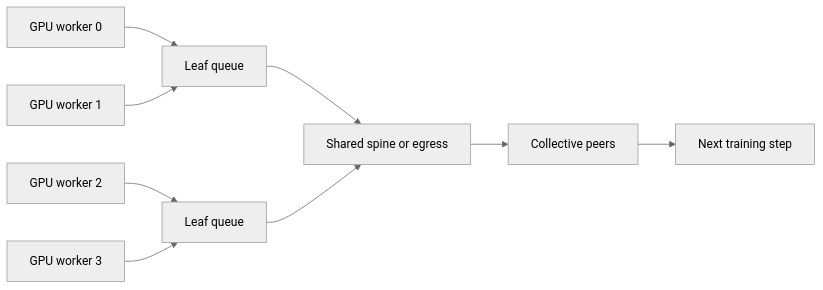
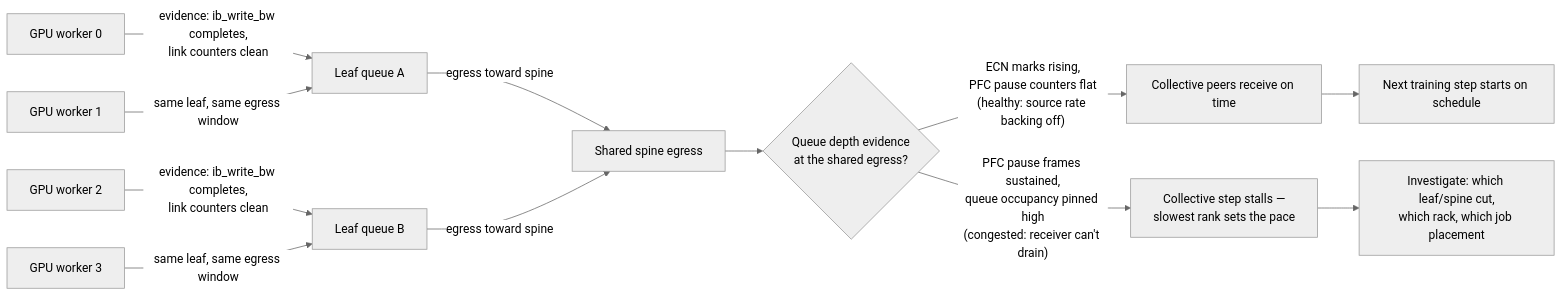
Before and after one commit to jithinpnjm/nvidia-devops: the first of 2 diagrams in docs/nvidia-zero-to-hero/volume-09/chapter-01-why-ethernet-for-ai-is-different.md, drawn with Mermaid (neutral theme). The commit also changed other lines of this file and 3 other files, not shown here.

Commit message:
WIP checkpoint: depth rework in progress, NOT verified/built — session hit rate limit mid-run

````diff
--- a/docs/nvidia-zero-to-hero/volume-09/chapter-01-why-ethernet-for-ai-is-different.md
+++ b/docs/nvidia-zero-to-hero/volume-09/chapter-01-why-ethernet-for-ai-is-different.md
@@ -47,11 +47,14 @@
 ```mermaid
 flowchart LR
-    G0[GPU worker 0] --> L0[Leaf queue]
-    G1[GPU worker 1] --> L0
-    G2[GPU worker 2] --> L1[Leaf queue]
-    G3[GPU worker 3] --> L1
-    L0 --> S[Shared spine or egress]
-    L1 --> S
-    S --> R[Collective peers]
-    R --> B[Next training step]
+    G0["GPU worker 0"] -->|"evidence: ib_write_bw completes,\nlink counters clean"| L0["Leaf queue A"]
+    G1["GPU worker 1"] -->|"same leaf, same egress window"| L0
+    G2["GPU worker 2"] -->|"evidence: ib_write_bw completes,\nlink counters clean"| L1["Leaf queue B"]
+    G3["GPU worker 3"] -->|"same leaf, same egress window"| L1
+    L0 -->|"egress toward spine"| S["Shared spine egress"]
+    L1 -->|"egress toward spine"| S
+    S --> D{"Queue depth evidence\nat the shared egress?"}
+    D -->|"ECN marks rising,\nPFC pause counters flat\n(healthy: source rate backing off)"| R["Collective peers receive on time"]
+    D -->|"PFC pause frames sustained,\nqueue occupancy pinned high\n(congested: receiver can't drain)"| SLOW["Collective step stalls —\nslowest rank sets the pace"]
+    R --> B["Next training step starts on schedule"]
+    SLOW --> INV["Investigate: which leaf/spine cut,\nwhich rack, which job placement"]
 ```
````
